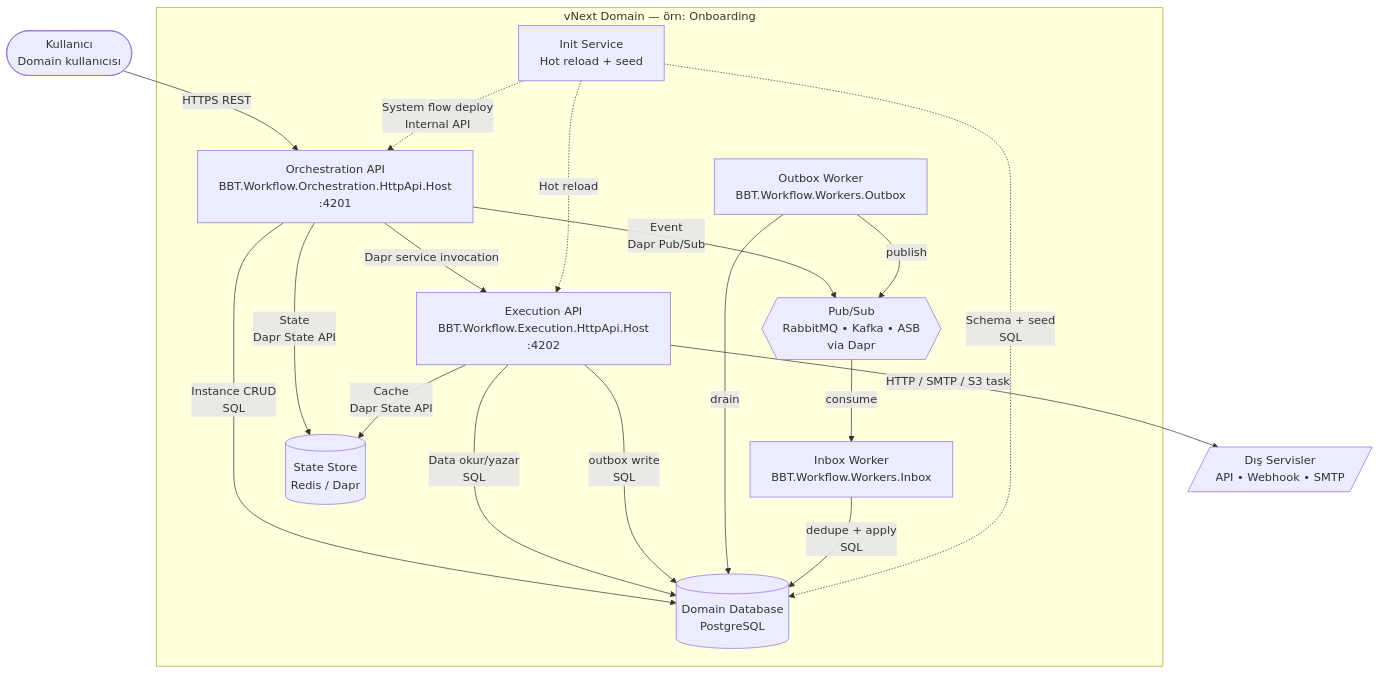
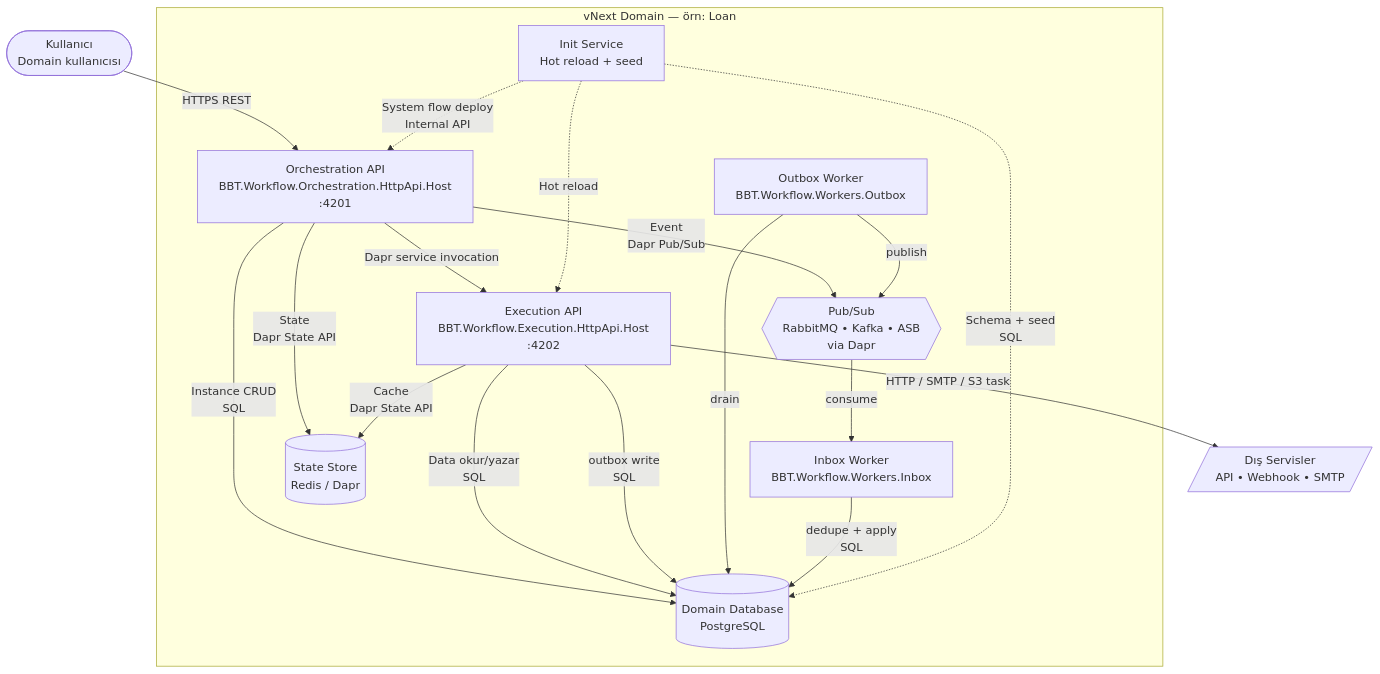
Before and after one commit to burgan-tech/vnext-docs: the second of 2 diagrams in architecture/domain-model/topology.md, drawn with Mermaid. The commit also changed other lines of this file and 21 other files, not shown here.

````diff
--- a/architecture/domain-model/topology.md
+++ b/architecture/domain-model/topology.md
@@ -151,38 +151,38 @@
 ```mermaid
 flowchart TB
     user([Kullanıcı<br/>Domain kullanıcısı])
 
-    subgraph domain [vNext Domain — örn: Onboarding]
+    subgraph domain [vNext Domain — örn: Loan]
         orch[Orchestration API<br/>BBT.Workflow.Orchestration.HttpApi.Host<br/>:4201]
         exec[Execution API<br/>BBT.Workflow.Execution.HttpApi.Host<br/>:4202]
         wrkin[Inbox Worker<br/>BBT.Workflow.Workers.Inbox]
         wrkout[Outbox Worker<br/>BBT.Workflow.Workers.Outbox]
         init[Init Service<br/>Hot reload + seed]
 
         db[(Domain Database<br/>PostgreSQL)]
         state[(State Store<br/>Redis / Dapr)]
         psub{{Pub/Sub<br/>RabbitMQ • Kafka • ASB<br/>via Dapr}}
     end
 
     extsvc[/Dış Servisler<br/>API • Webhook • SMTP/]
 
     user -->|HTTPS REST| orch
     orch -->|Dapr service invocation| exec
     orch -->|Instance CRUD<br/>SQL| db
     orch -->|State<br/>Dapr State API| state
     orch -->|Event<br/>Dapr Pub/Sub| psub
 
     exec -->|HTTP / SMTP / S3 task| extsvc
     exec -->|Data okur/yazar<br/>SQL| db
     exec -->|Cache<br/>Dapr State API| state
     exec -->|outbox write<br/>SQL| db
 
     wrkout -->|drain| db
     wrkout -->|publish| psub
     psub -->|consume| wrkin
     wrkin -->|dedupe + apply<br/>SQL| db
 
     init -.->|Schema + seed<br/>SQL| db
     init -.->|System flow deploy<br/>Internal API| orch
     init -.->|Hot reload| exec
 ```
````
